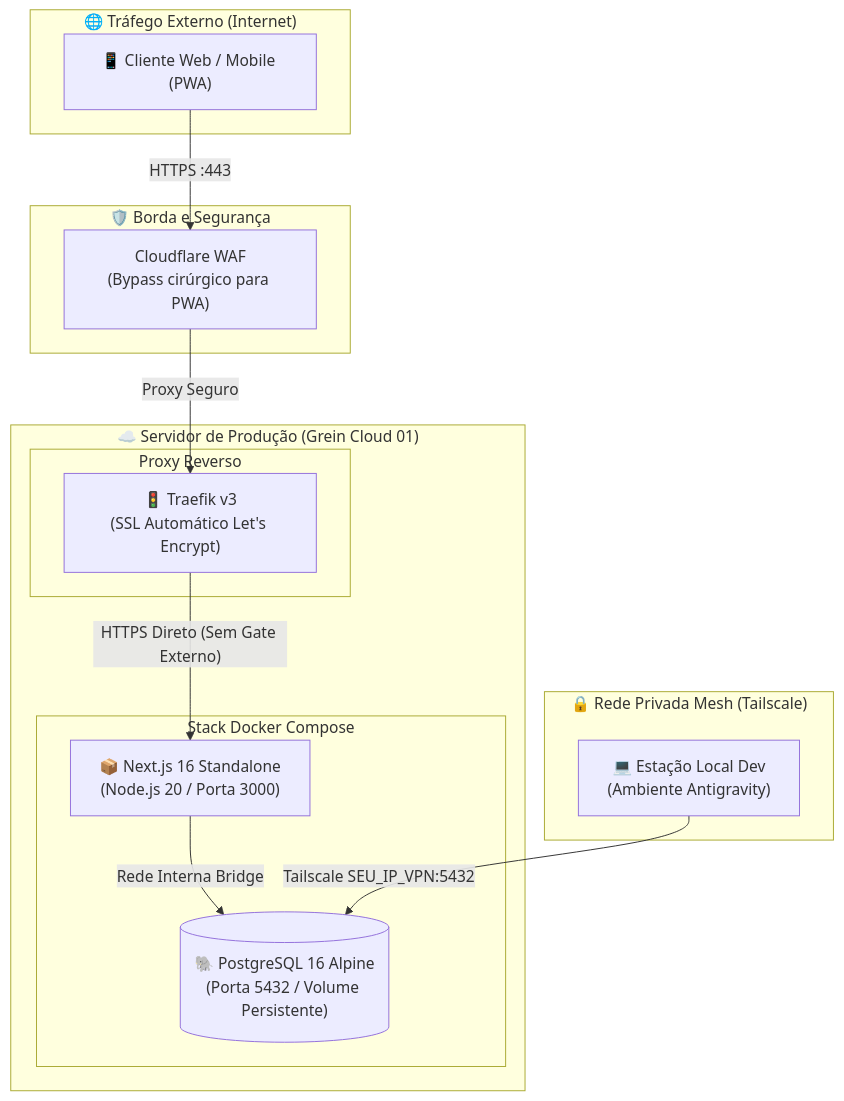
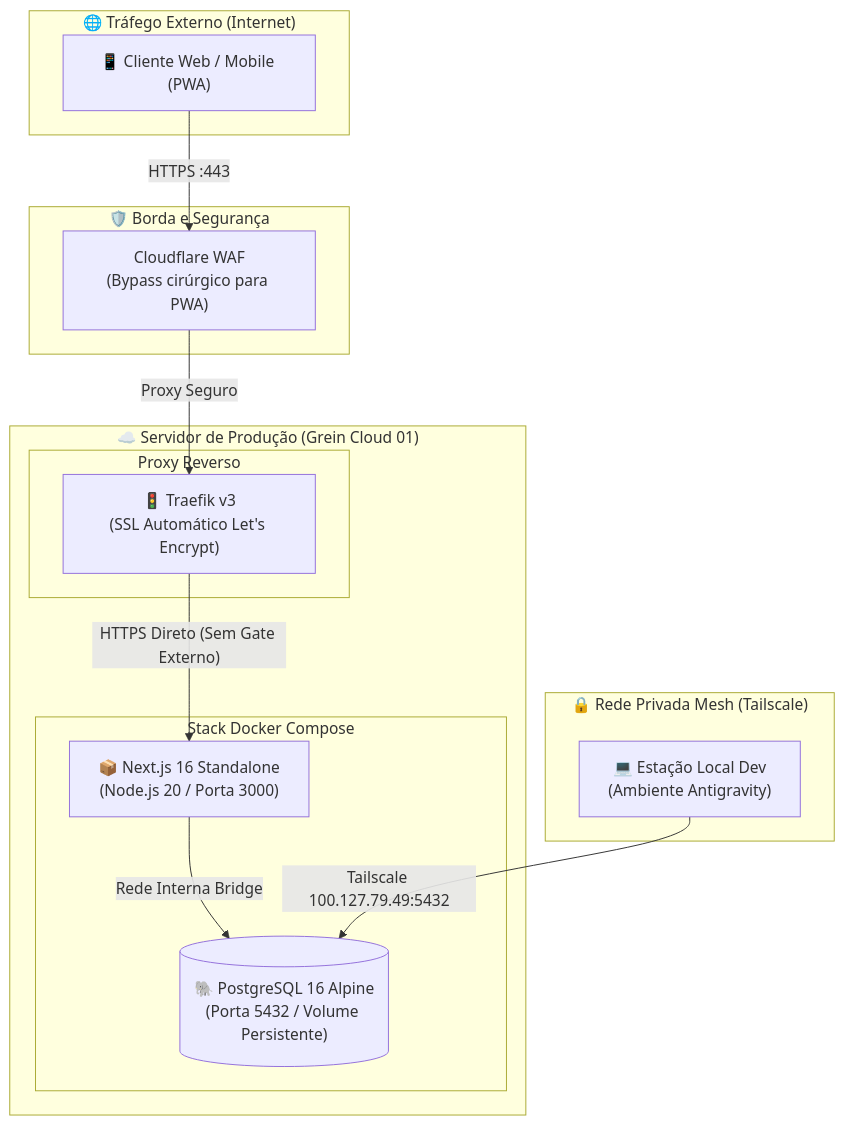
The diagram in README.md (WiltonGabriel/PopClub), drawn with Mermaid before and after one commit.

Commit message:
Change Tailscale IP in README
Updated Tailscale IP address for development database connection.

````diff
--- a/README.md
+++ b/README.md
@@ -55,34 +55,34 @@
 ```mermaid
 flowchart TD
     subgraph Users ["🌐 Tráfego Externo (Internet)"]
         Client["📱 Cliente Web / Mobile (PWA)"]
     end
 
     subgraph Edge ["🛡️ Borda e Segurança"]
         CF["Cloudflare WAF\n(Bypass cirúrgico para PWA)"]
     end
 
     subgraph VPS ["☁️ Servidor de Produção (Grein Cloud 01)"]
         subgraph Ingress ["Proxy Reverso"]
             Traefik["🚦 Traefik v3\n(SSL Automático Let's Encrypt)"]
         end
 
         subgraph ContainerStack ["Stack Docker Compose"]
             App["📦 Next.js 16 Standalone\n(Node.js 20 / Porta 3000)"]
             DB[("🐘 PostgreSQL 16 Alpine\n(Porta 5432 / Volume Persistente)")]
         end
     end
 
     subgraph DevEnvironment ["🔒 Rede Privada Mesh (Tailscale)"]
         Dev["💻 Estação Local Dev\n(Ambiente Antigravity)"]
     end
 
     %% Roteamento de Produção
     Client -->|"HTTPS :443"| CF
     CF -->|"Proxy Seguro"| Traefik
     Traefik -->|"HTTPS Direto (Sem Gate Externo)"| App
     App -->|"Rede Interna Bridge"| DB
 
     %% Desenvolvimento Conectado Diretamente
-    Dev -->|"Tailscale SEU_IP_VPN:5432"| DB
+    Dev -->|"Tailscale 100.127.79.49:5432"| DB
 ```
````
